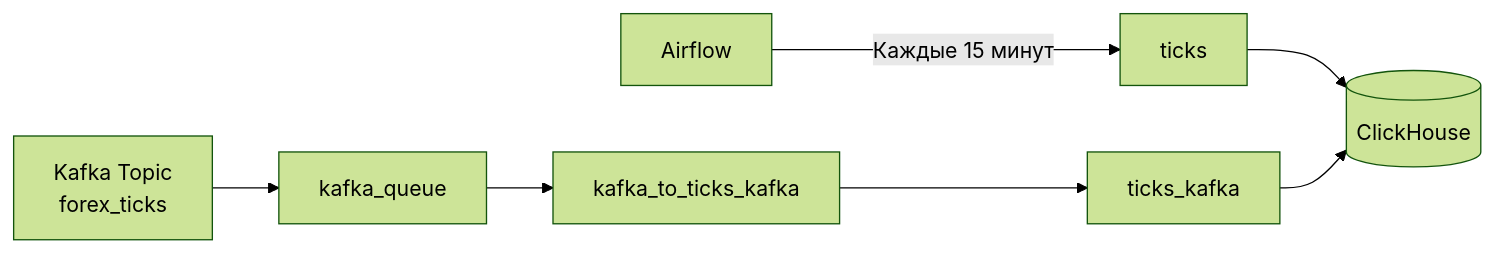
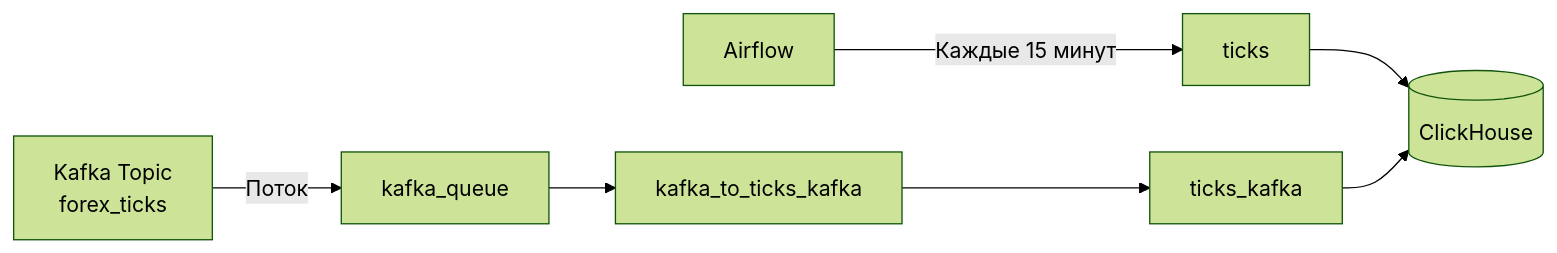
The second of 2 diagrams in forex-analytics/README.md (skazka064/otus_clickhouse), drawn with Mermaid (forest theme) before and after one commit.

````diff
--- a/forex-analytics/README.md
+++ b/forex-analytics/README.md
@@ -84,11 +84,11 @@
 ```mermaid
 flowchart LR
     AF[Airflow] --> |Каждые 15 минут| T1[ticks]
     
-    K[Kafka Topic<br>forex_ticks] --> Q[kafka_queue]
+    K[Kafka Topic<br>forex_ticks] --> |Поток| Q[kafka_queue]
     Q --> MV[kafka_to_ticks_kafka]
     MV --> T2[ticks_kafka]
     
     T1 --> DB[(ClickHouse)]
     T2 --> DB
 ```
````
